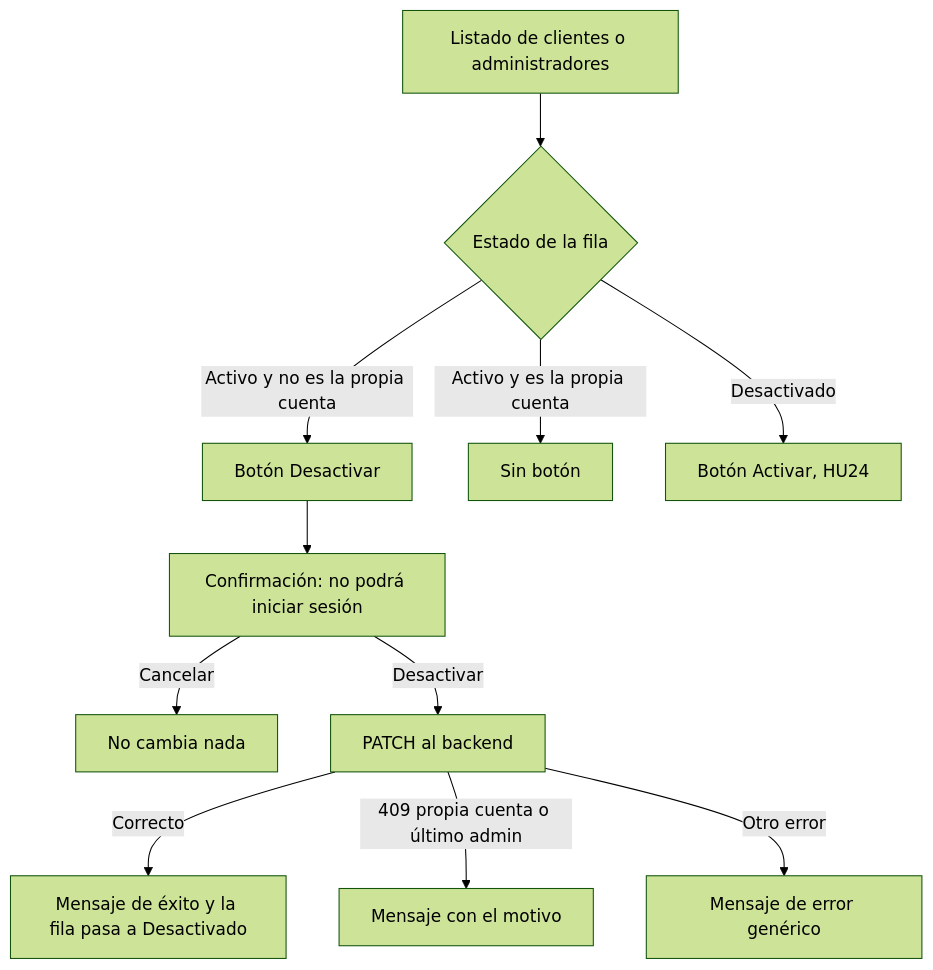
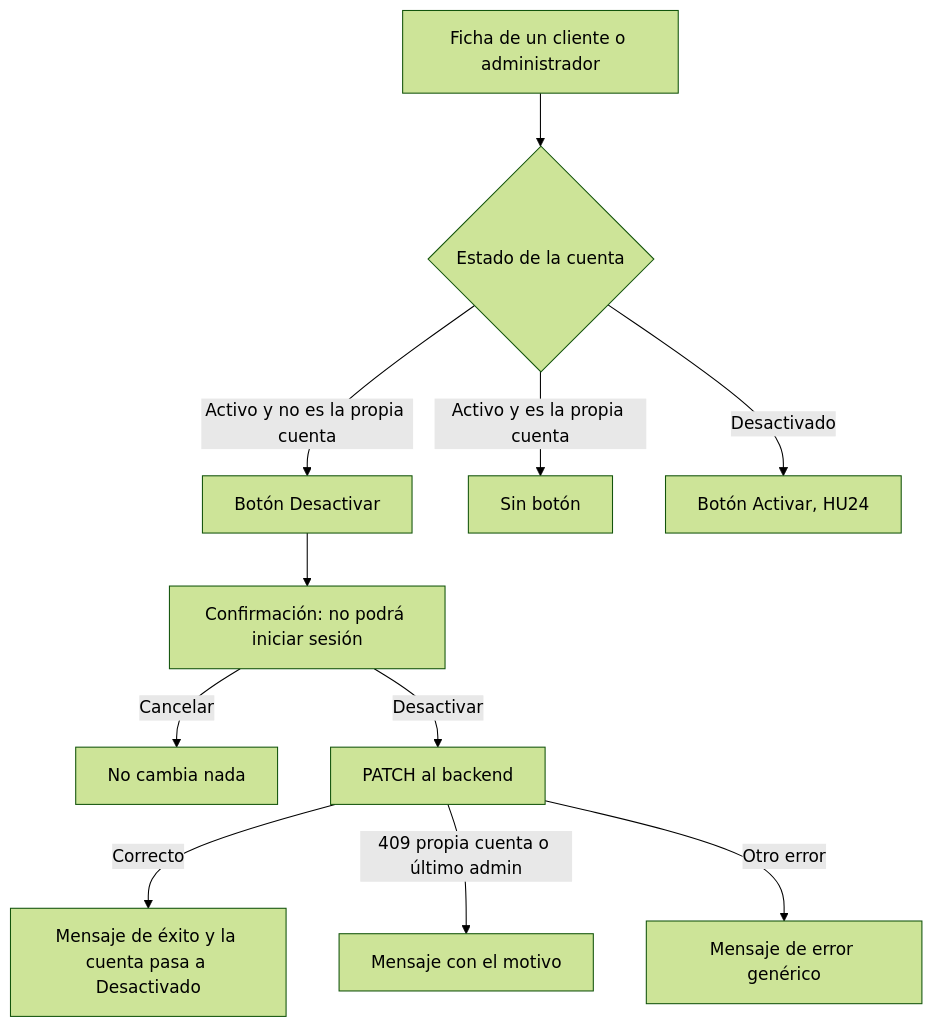
One commit to ESIBuy-2026-2027/ESIBuy-Mantenimiento changed the diagram in frontend/docs/hu23-desactivar-usuario.md. Above: the diagram before and after it, drawn with Mermaid (forest theme). The commit also changed other lines of this file and 18 other files, not shown here.

First line of the commit message:
feat(front-HU20): ficha de clientes y administradores AB#53 AB#211 (#58)

````diff
--- a/frontend/docs/hu23-desactivar-usuario.md
+++ b/frontend/docs/hu23-desactivar-usuario.md
@@ -47,13 +48,13 @@
 ```mermaid
 flowchart TD
-    A[Listado de clientes o administradores] --> B{Estado de la fila}
+    A[Ficha de un cliente o administrador] --> B{Estado de la cuenta}
     B -- Activo y no es la propia cuenta --> C[Botón Desactivar]
     B -- Activo y es la propia cuenta --> D[Sin botón]
     B -- Desactivado --> E[Botón Activar, HU24]
     C --> F[Confirmación: no podrá iniciar sesión]
     F -- Cancelar --> G[No cambia nada]
     F -- Desactivar --> H[PATCH al backend]
-    H -- Correcto --> I[Mensaje de éxito y la fila pasa a Desactivado]
+    H -- Correcto --> I[Mensaje de éxito y la cuenta pasa a Desactivado]
     H -- 409 propia cuenta o último admin --> J[Mensaje con el motivo]
     H -- Otro error --> K[Mensaje de error genérico]
 ```
````
